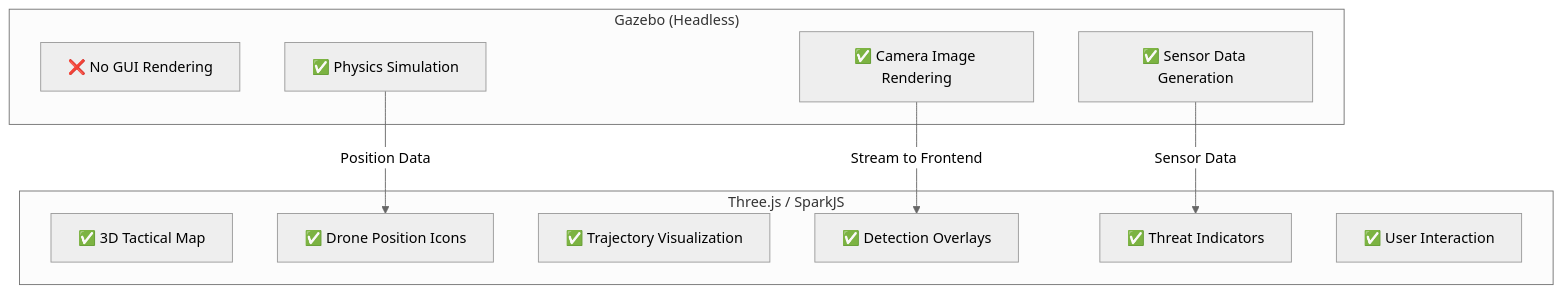
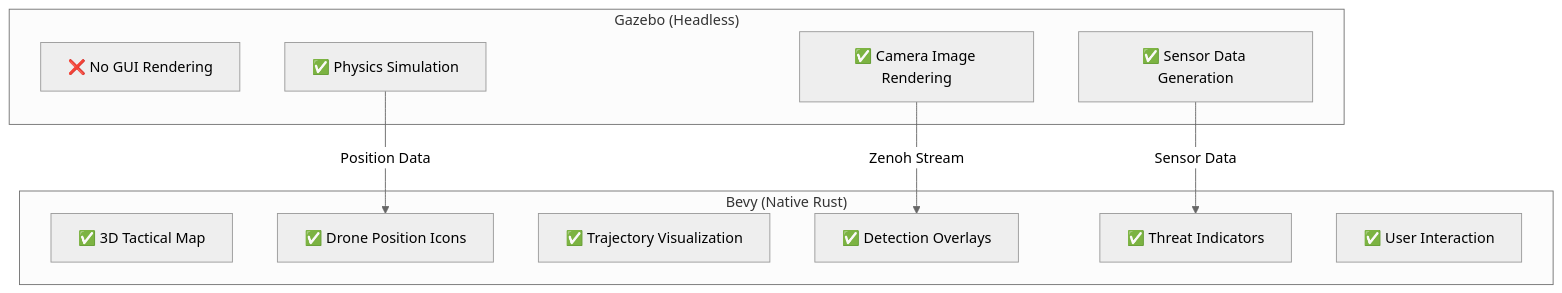
The third of 6 diagrams in README.md (sepehrmn/crebain-native), drawn with Mermaid (neutral theme) before and after one commit. The commit also changed other lines of this file and 13 other files, not shown here.

````diff
--- a/README.md
+++ b/README.md
@@ -215,22 +219,22 @@
 ```mermaid
 flowchart TB
     subgraph Gazebo["Gazebo (Headless)"]
         G1["❌ No GUI Rendering"]
         G2["✅ Physics Simulation"]
         G3["✅ Sensor Data Generation"]
         G4["✅ Camera Image Rendering"]
     end
 
-    subgraph ThreeJS["Three.js / SparkJS"]
-        T1["✅ 3D Tactical Map"]
-        T2["✅ Drone Position Icons"]
-        T3["✅ Trajectory Visualization"]
-        T4["✅ Detection Overlays"]
-        T5["✅ Threat Indicators"]
-        T6["✅ User Interaction"]
+    subgraph Bevy["Bevy (Native Rust)"]
+        B1["✅ 3D Tactical Map"]
+        B2["✅ Drone Position Icons"]
+        B3["✅ Trajectory Visualization"]
+        B4["✅ Detection Overlays"]
+        B5["✅ Threat Indicators"]
+        B6["✅ User Interaction"]
     end
 
-    G4 -->|"Stream to Frontend"| T4
-    G2 -->|"Position Data"| T2
-    G3 -->|"Sensor Data"| T5
+    G4 -->|"Zenoh Stream"| B4
+    G2 -->|"Position Data"| B2
+    G3 -->|"Sensor Data"| B5
 ```
````
